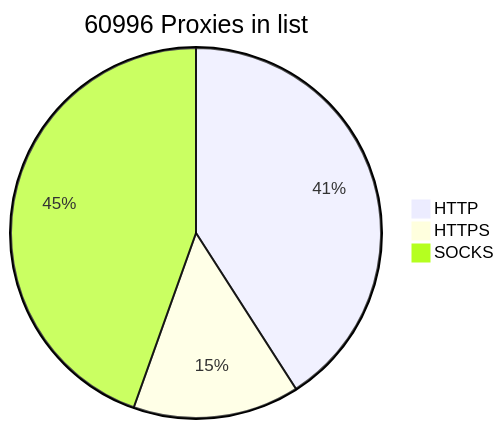
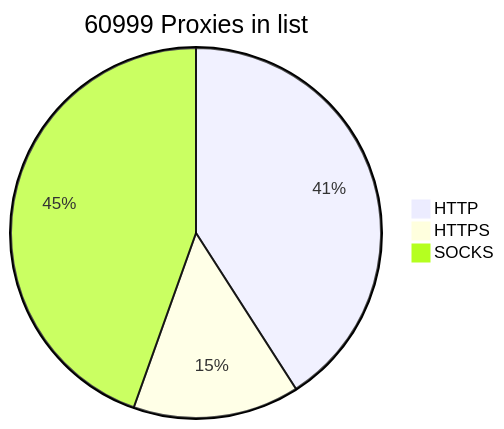
Before and after one commit to BlackSnowDot/proxylist-update-every-minute: the diagram in README.md, drawn with Mermaid.

````diff
--- a/README.md
+++ b/README.md
@@ -2,6 +2,6 @@
 ```mermaid
-pie title 60996 Proxies in list
-    "HTTP" : 28282
+pie title 60999 Proxies in list
+    "HTTP" : 28283
     "HTTPS": 10043
-    "SOCKS" : 30782
+    "SOCKS" : 30784
 ```
````
